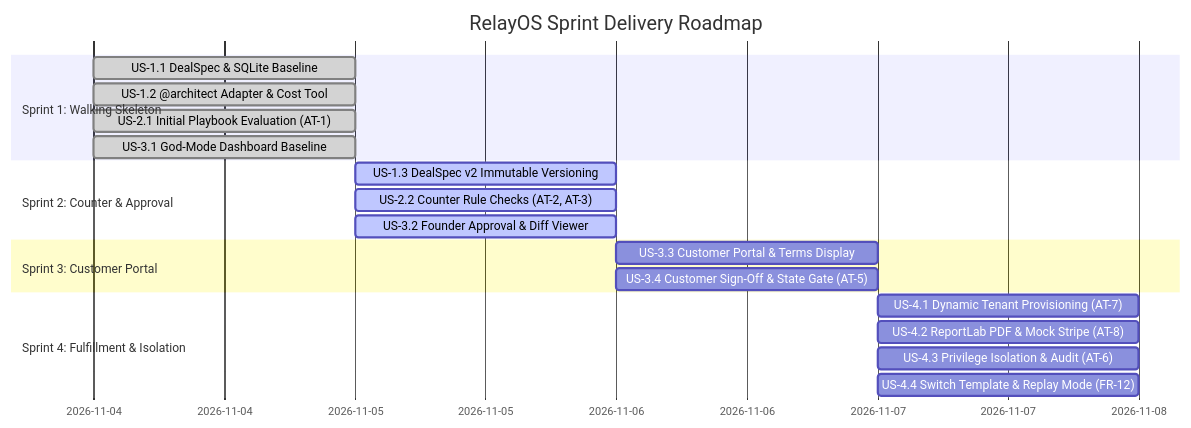
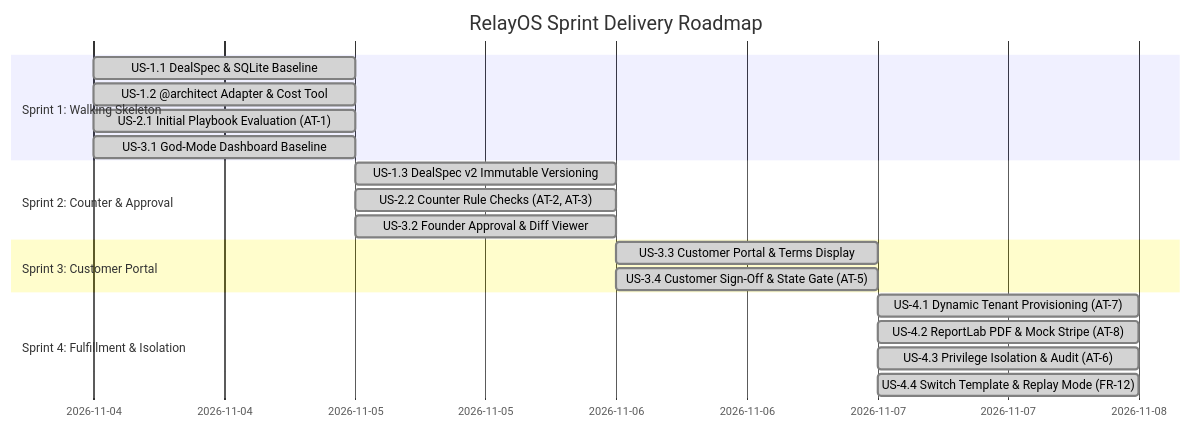
One commit to aiwithrajan/RelayOS changed the second of 2 diagrams in BACKLOG.md. Above: the diagram before and after it, drawn with Mermaid. The commit also changed 7 other files, not shown here.

````diff
--- a/BACKLOG.md
+++ b/BACKLOG.md
@@ -30,22 +30,22 @@
 ```mermaid
 gantt
     title RelayOS Sprint Delivery Roadmap
     dateFormat  YYYY-MM-DD
     section Sprint 1: Walking Skeleton
     US-1.1 DealSpec & SQLite Baseline           :done, 2026-11-04, 1d
     US-1.2 @architect Adapter & Cost Tool      :done, 2026-11-04, 1d
     US-2.1 Initial Playbook Evaluation (AT-1)  :done, 2026-11-04, 1d
     US-3.1 God-Mode Dashboard Baseline         :done, 2026-11-04, 1d
     section Sprint 2: Counter & Approval
-    US-1.3 DealSpec v2 Immutable Versioning    :active, 2026-11-05, 1d
-    US-2.2 Counter Rule Checks (AT-2, AT-3)    :active, 2026-11-05, 1d
-    US-3.2 Founder Approval & Diff Viewer      :active, 2026-11-05, 1d
+    US-1.3 DealSpec v2 Immutable Versioning    :done, 2026-11-05, 1d
+    US-2.2 Counter Rule Checks (AT-2, AT-3)    :done, 2026-11-05, 1d
+    US-3.2 Founder Approval & Diff Viewer      :done, 2026-11-05, 1d
     section Sprint 3: Customer Portal
-    US-3.3 Customer Portal & Terms Display     :2026-11-06, 1d
-    US-3.4 Customer Sign-Off & State Gate (AT-5):2026-11-06, 1d
+    US-3.3 Customer Portal & Terms Display     :done, 2026-11-06, 1d
+    US-3.4 Customer Sign-Off & State Gate (AT-5):done, 2026-11-06, 1d
     section Sprint 4: Fulfillment & Isolation
-    US-4.1 Dynamic Tenant Provisioning (AT-7)  :2026-11-07, 1d
-    US-4.2 ReportLab PDF & Mock Stripe (AT-8)  :2026-11-07, 1d
-    US-4.3 Privilege Isolation & Audit (AT-6)  :2026-11-07, 1d
-    US-4.4 Switch Template & Replay Mode (FR-12):2026-11-07, 1d
+    US-4.1 Dynamic Tenant Provisioning (AT-7)  :done, 2026-11-07, 1d
+    US-4.2 ReportLab PDF & Mock Stripe (AT-8)  :done, 2026-11-07, 1d
+    US-4.3 Privilege Isolation & Audit (AT-6)  :done, 2026-11-07, 1d
+    US-4.4 Switch Template & Replay Mode (FR-12):done, 2026-11-07, 1d
 ```
````
